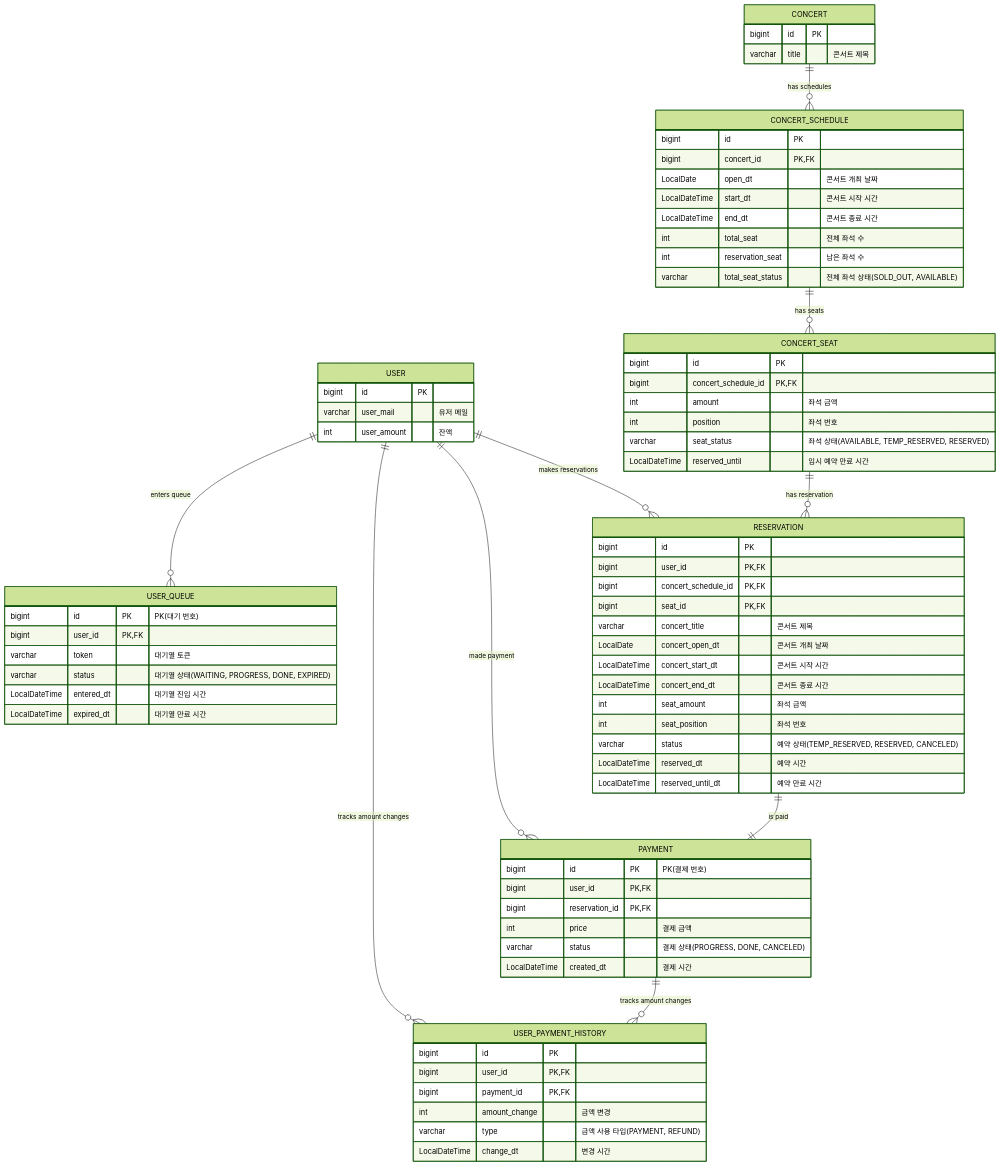
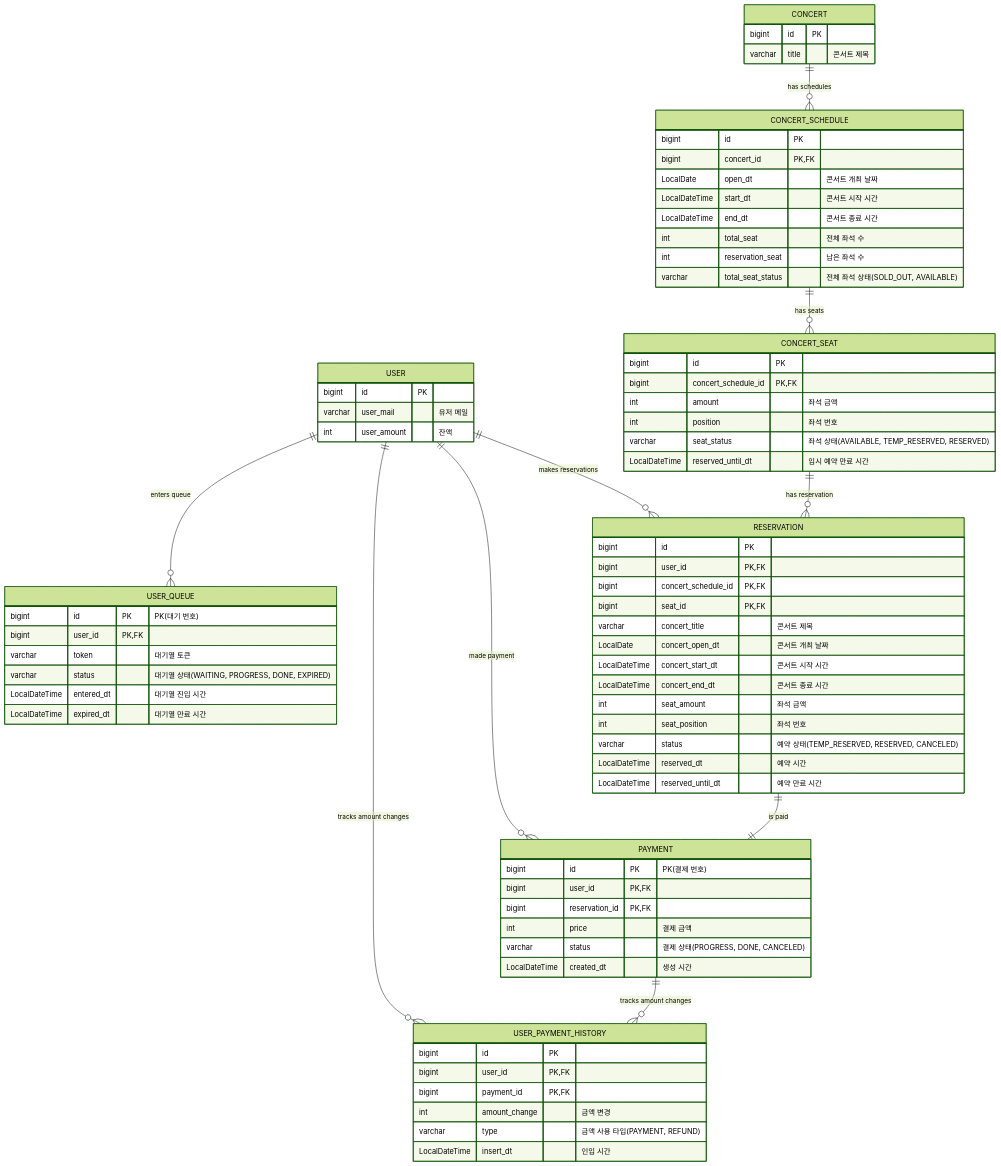
Before and after one commit to Cheondongmin/concert-java: the diagram in docs/erd.md, drawn with Mermaid (forest theme).

Commit message:
fix: erd 수정

```diff
--- a/docs/erd.md
+++ b/docs/erd.md
@@ -24,7 +24,7 @@
         bigint reservation_id PK, FK
         int price "결제 금액"
         varchar status "결제 상태(PROGRESS, DONE, CANCELED)"
-        LocalDateTime created_dt "결제 시간"
+        LocalDateTime created_dt "생성 시간"
     }
 
     CONCERT {
@@ -49,7 +49,7 @@
         int amount "좌석 금액"
         int position "좌석 번호"
         varchar seat_status "좌석 상태(AVAILABLE, TEMP_RESERVED, RESERVED)"
-        LocalDateTime reserved_until "임시 예약 만료 시간"
+        LocalDateTime reserved_until_dt "임시 예약 만료 시간"
     }
 
     RESERVATION {
@@ -74,7 +74,7 @@
         bigint payment_id PK, FK
         int amount_change "금액 변경"
         varchar type "금액 사용 타입(PAYMENT, REFUND)"
-        LocalDateTime change_dt "변경 시간"
+        LocalDateTime insert_dt "인입 시간"
     }
 
     CONCERT ||--o{ CONCERT_SCHEDULE: "has schedules"
```
